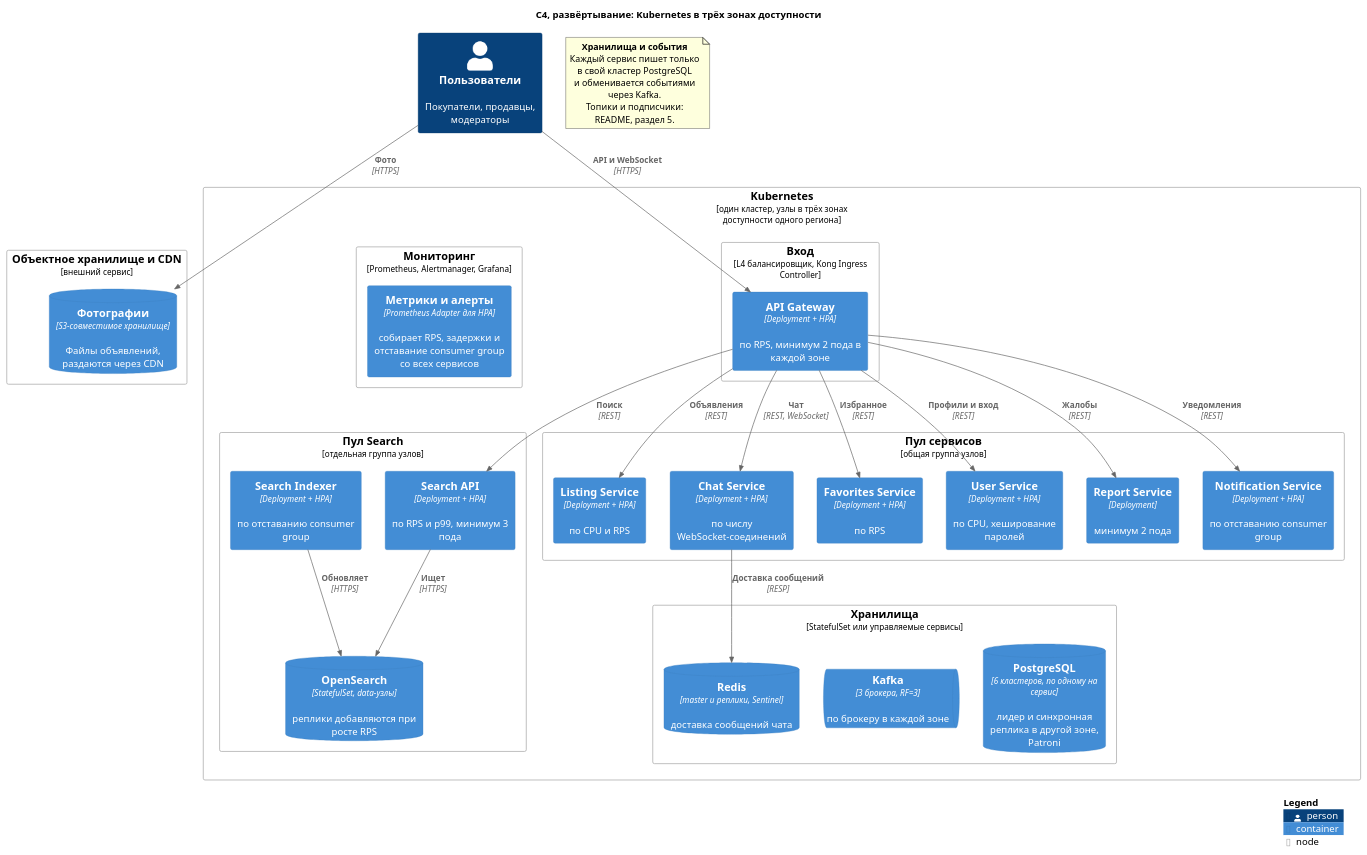
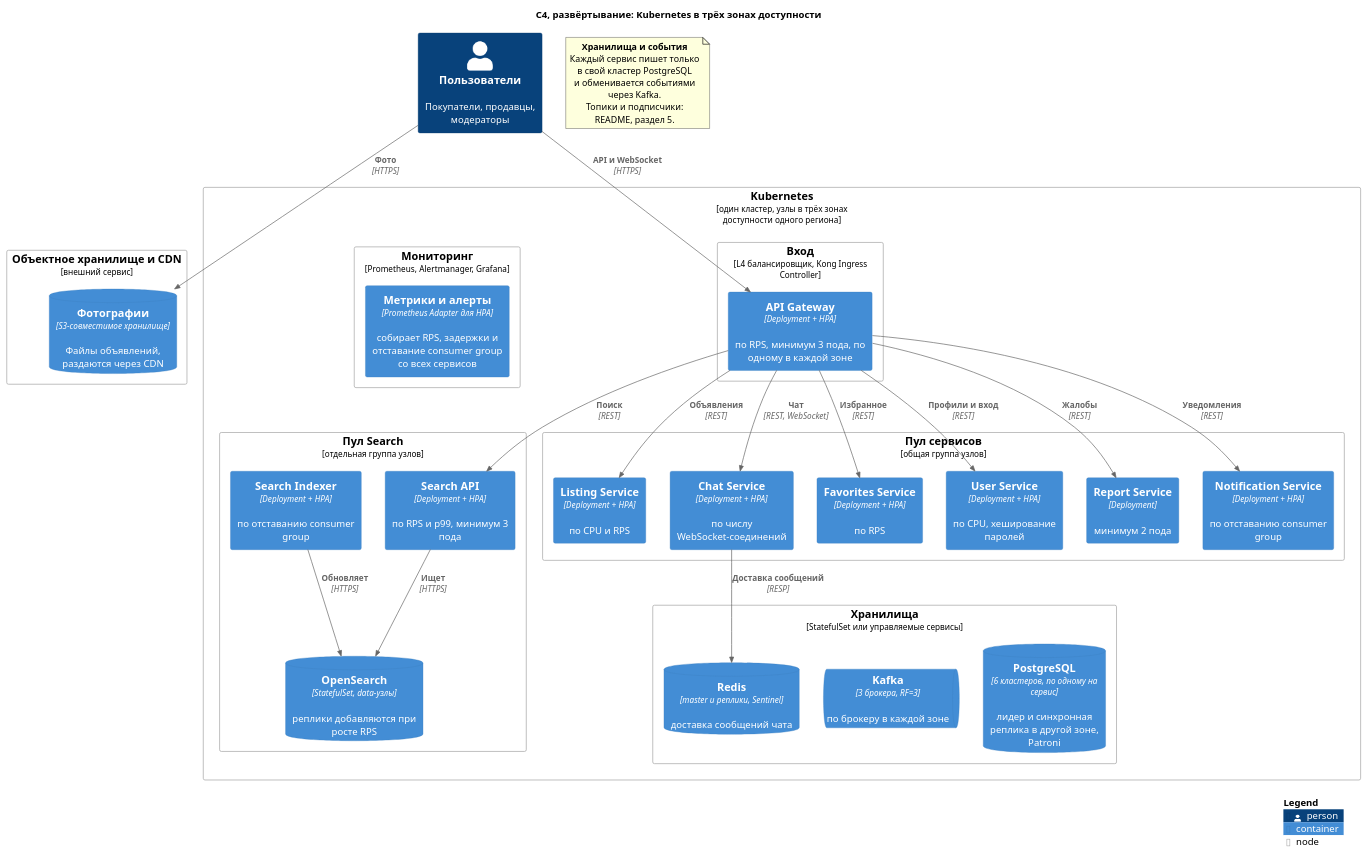
Before and after one commit to BossSharkOne/MicroservicesArchitectureITMO: the diagram in MA_1_lab/diagrams/c4-deployment.puml, drawn with PlantUML. The commit also changed 8 other files, not shown here.

Commit message:
Обновлены документы и диаграммы

```diff
--- a/MA_1_lab/diagrams/c4-deployment.puml
+++ b/MA_1_lab/diagrams/c4-deployment.puml
@@ -1,64 +1,64 @@
 @startuml c4-deployment
 !include <C4/C4_Deployment>
 
 title C4, развёртывание: Kubernetes в трёх зонах доступности
 
 Person(visitors, "Пользователи", "Покупатели, продавцы, модераторы")
 
 Deployment_Node(cdn, "Объектное хранилище и CDN", "внешний сервис") {
   ContainerDb(media, "Фотографии", "S3-совместимое хранилище", "Файлы объявлений, раздаются через CDN")
 }
 
 Deployment_Node(k8s, "Kubernetes", "один кластер, узлы в трёх зонах доступности одного региона") {
   Deployment_Node(np_edge, "Вход", "L4 балансировщик, Kong Ingress Controller") {
-    Container(gw, "API Gateway", "Deployment + HPA", "по RPS, минимум 2 пода в каждой зоне")
+    Container(gw, "API Gateway", "Deployment + HPA", "по RPS, минимум 3 пода, по одному в каждой зоне")
   }
 
   Deployment_Node(np_search, "Пул Search", "отдельная группа узлов") {
     Container(search_api, "Search API", "Deployment + HPA", "по RPS и p99, минимум 3 пода")
     Container(search_indexer, "Search Indexer", "Deployment + HPA", "по отставанию consumer group")
     ContainerDb(os, "OpenSearch", "StatefulSet, data-узлы", "реплики добавляются при росте RPS")
   }
 
   Deployment_Node(np_apps, "Пул сервисов", "общая группа узлов") {
     Container(listing_svc, "Listing Service", "Deployment + HPA", "по CPU и RPS")
     Container(chat_svc, "Chat Service", "Deployment + HPA", "по числу WebSocket-соединений")
     Container(favorites_svc, "Favorites Service", "Deployment + HPA", "по RPS")
     Container(user_svc, "User Service", "Deployment + HPA", "по CPU, хеширование паролей")
     Container(report_svc, "Report Service", "Deployment", "минимум 2 пода")
     Container(notification_svc, "Notification Service", "Deployment + HPA", "по отставанию consumer group")
   }
 
   Deployment_Node(np_data, "Хранилища", "StatefulSet или управляемые сервисы") {
     ContainerDb(pg, "PostgreSQL", "6 кластеров, по одному на сервис", "лидер и синхронная реплика в другой зоне, Patroni")
     ContainerQueue(kafka, "Kafka", "3 брокера, RF=3", "по брокеру в каждой зоне")
     ContainerDb(redis, "Redis", "master и реплики, Sentinel", "доставка сообщений чата")
   }
 
   Deployment_Node(np_mon, "Мониторинг", "Prometheus, Alertmanager, Grafana") {
     Container(mon, "Метрики и алерты", "Prometheus Adapter для HPA", "собирает RPS, задержки и отставание consumer group со всех сервисов")
   }
 }
 
 Rel(visitors, gw, "API и WebSocket", "HTTPS")
 Rel(visitors, media, "Фото", "HTTPS")
 Rel(gw, search_api, "Поиск", "REST")
 Rel(gw, listing_svc, "Объявления", "REST")
 Rel(gw, chat_svc, "Чат", "REST, WebSocket")
 Rel(gw, favorites_svc, "Избранное", "REST")
 Rel(gw, user_svc, "Профили и вход", "REST")
 Rel(gw, report_svc, "Жалобы", "REST")
 Rel(gw, notification_svc, "Уведомления", "REST")
 Rel(search_api, os, "Ищет", "HTTPS")
 Rel(search_indexer, os, "Обновляет", "HTTPS")
 Rel(chat_svc, redis, "Доставка сообщений", "RESP")
 
 note as data_note
   <b>Хранилища и события</b>
   Каждый сервис пишет только в свой кластер PostgreSQL
   и обменивается событиями через Kafka.
   Топики и подписчики: README, раздел 5.
 end note
 
 SHOW_LEGEND()
 @enduml
```
